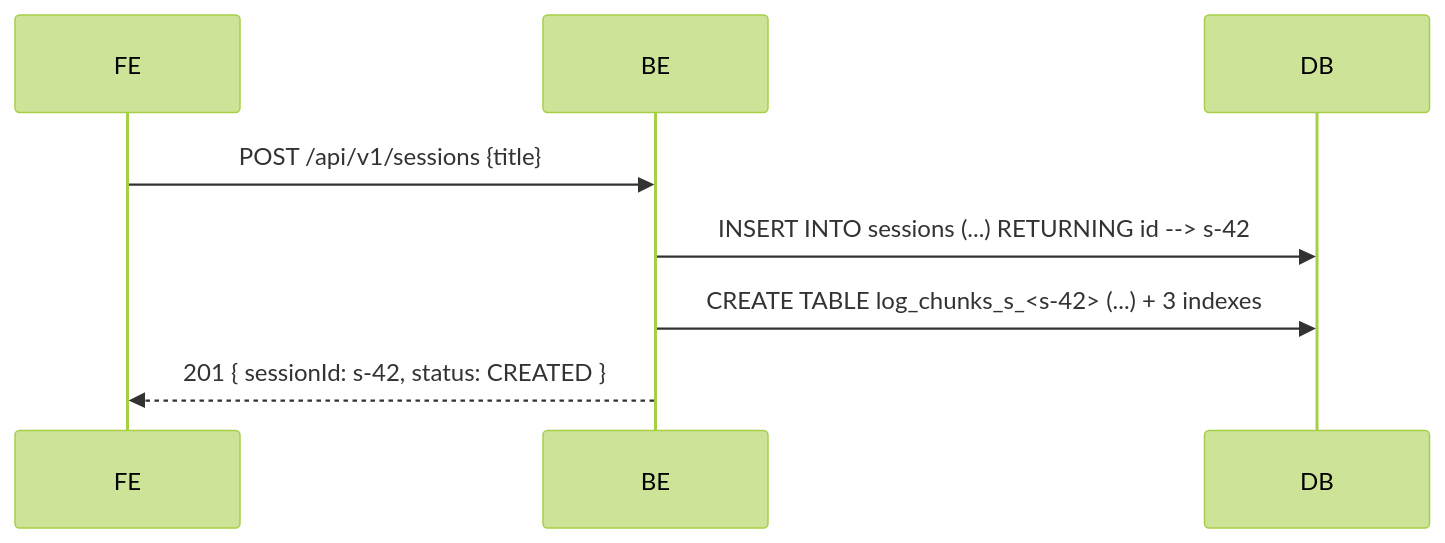
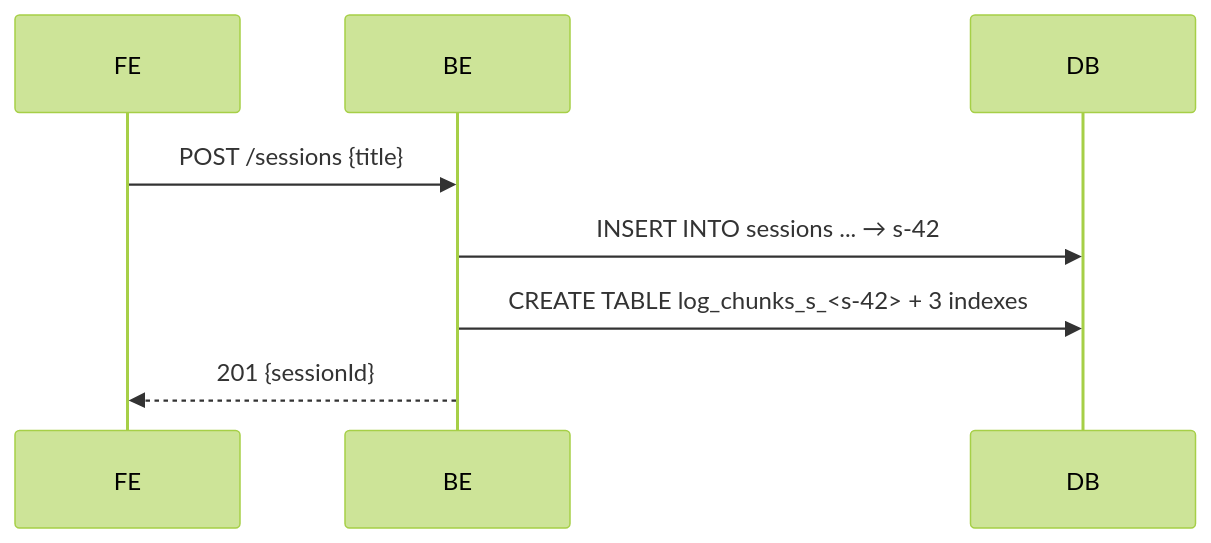
Before and after one commit to shubamchaudhary/ChunkAI: the second of 6 diagrams in docs/current-design-walkthrough.md, drawn with Mermaid (forest theme). The commit also changed other lines of this file and 5 other files, not shown here.

````diff
--- a/docs/current-design-walkthrough.md
+++ b/docs/current-design-walkthrough.md
@@ -79,10 +108,7 @@
 ```mermaid
 sequenceDiagram
-    participant FE
-    participant BE
-    participant DB
-    FE->>BE: POST /api/v1/sessions {title}
-    BE->>DB: INSERT INTO sessions (...) RETURNING id  --> s-42
-    BE->>DB: CREATE TABLE log_chunks_s_<s-42> (...)  + 3 indexes
-    BE-->>FE: 201 { sessionId: s-42, status: CREATED }
+    FE->>BE: POST /sessions {title}
+    BE->>DB: INSERT INTO sessions ... → s-42
+    BE->>DB: CREATE TABLE log_chunks_s_<s-42> + 3 indexes
+    BE-->>FE: 201 {sessionId}
 ```
````
